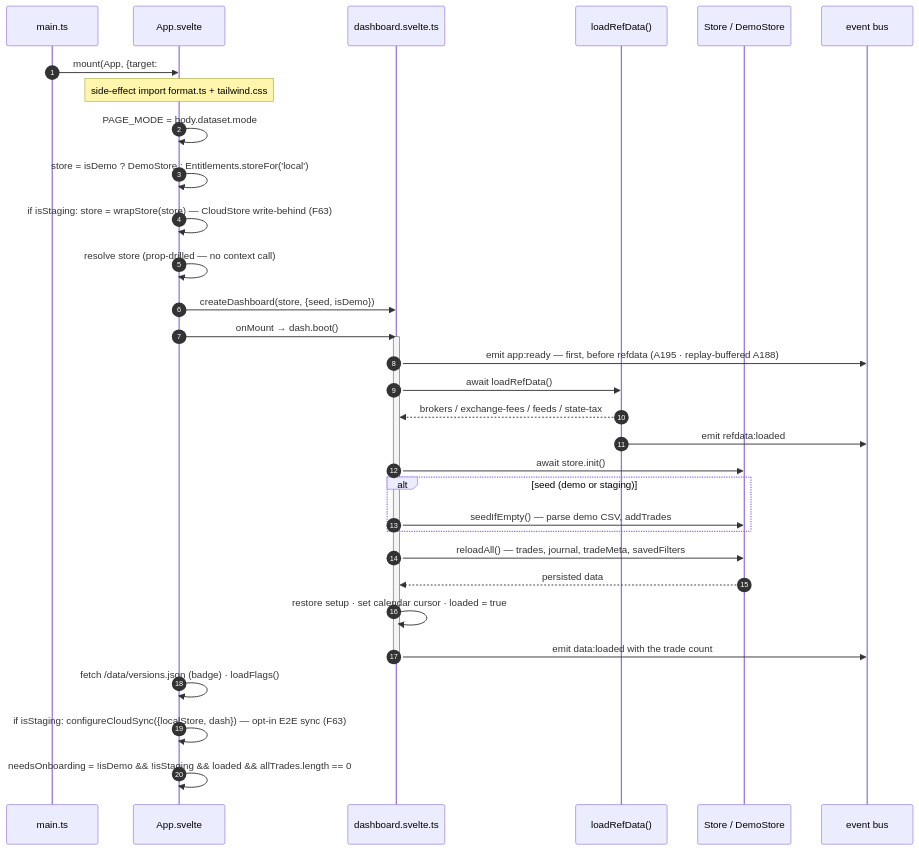
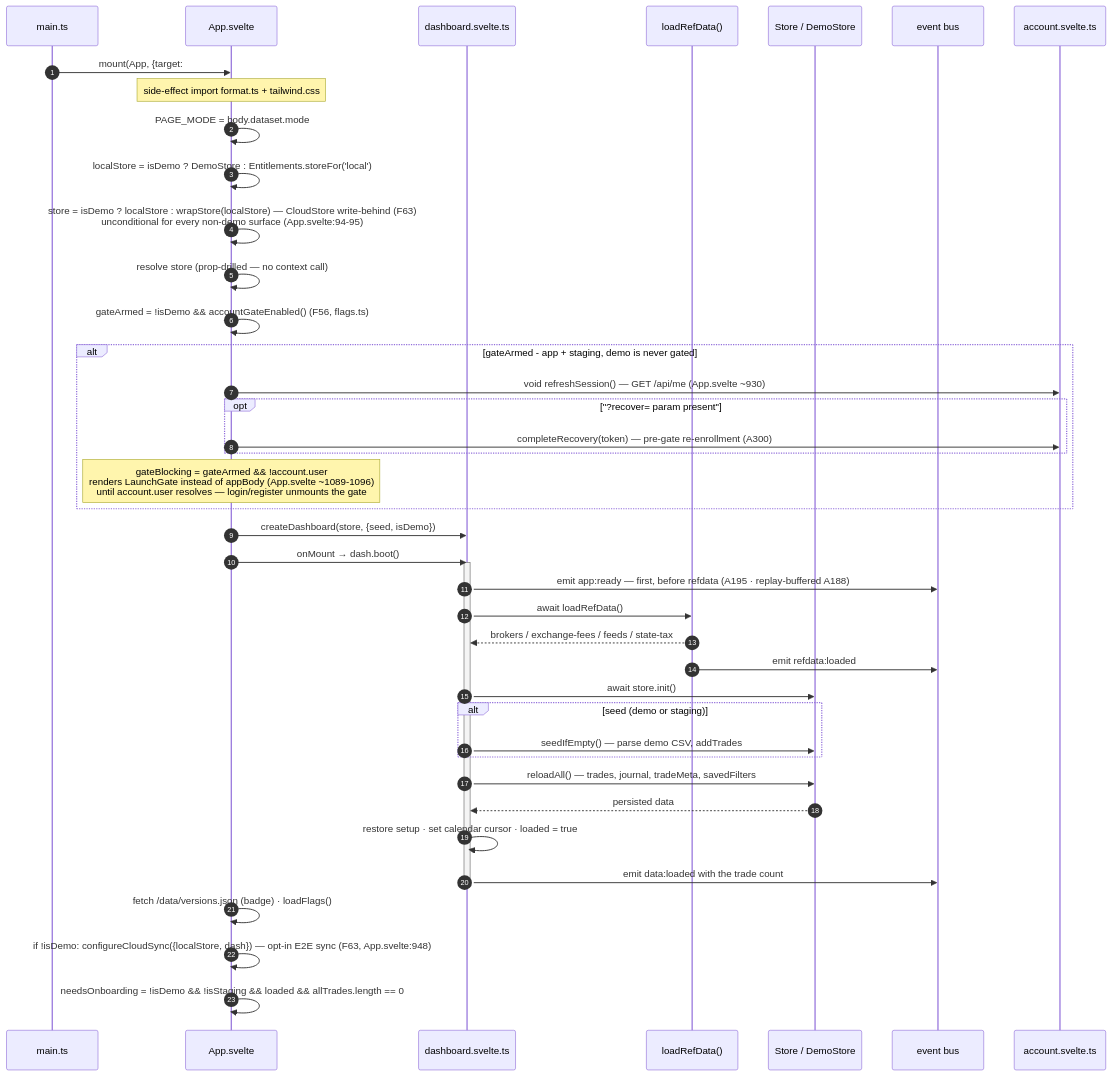
One commit to mitchGuthrieDev/blotterbook changed the diagram in docs/architecture-diagrams/boot-and-lifecycle.md. Above: the diagram before and after it, drawn with Mermaid. The commit also changed other lines of this file and 33 other files, not shown here.

First line of the commit message:
feat: backlog audit + docs sync, auth-flow diagram, Analytics/Calendar module sizing (A271/A272), changelog-email pages.dev fix (A315) (#129)

````diff
--- a/docs/architecture-diagrams/boot-and-lifecycle.md
+++ b/docs/architecture-diagrams/boot-and-lifecycle.md
@@ -11,36 +11,47 @@
 ```mermaid
 sequenceDiagram
     autonumber
     participant M as main.ts
     participant App as App.svelte
     participant Dash as dashboard.svelte.ts
     participant Ref as loadRefData()
     participant Store as Store / DemoStore
     participant Bus as event bus
+    participant Acct as account.svelte.ts
 
     M->>App: mount(App, {target: #app})
     Note over App: side-effect import format.ts + tailwind.css
     App->>App: PAGE_MODE = body.dataset.mode
-    App->>App: store = isDemo ? DemoStore : Entitlements.storeFor('local')
-    App->>App: if isStaging: store = wrapStore(store) — CloudStore write-behind (F63)
+    App->>App: localStore = isDemo ? DemoStore : Entitlements.storeFor('local')
+    App->>App: store = isDemo ? localStore : wrapStore(localStore) — CloudStore write-behind (F63)<br/>unconditional for every non-demo surface (App.svelte:94-95)
     App->>App: resolve store (prop-drilled — no context call)
+
+    App->>App: gateArmed = !isDemo && accountGateEnabled() (F56, flags.ts)
+    alt gateArmed - app + staging, demo is never gated
+        App->>Acct: void refreshSession() — GET /api/me (App.svelte ~930)
+        opt "?recover= param present"
+            App->>Acct: completeRecovery(token) — pre-gate re-enrollment (A300)
+        end
+        Note over App: gateBlocking = gateArmed && !account.user<br/>renders LaunchGate instead of appBody (App.svelte ~1089-1096)<br/>until account.user resolves — login/register unmounts the gate
+    end
+
     App->>Dash: createDashboard(store, {seed, isDemo})
     App->>Dash: onMount → dash.boot()
     activate Dash
     Dash->>Bus: emit app:ready — first, before refdata (A195 · replay-buffered A188)
     Dash->>Ref: await loadRefData()
     Ref-->>Dash: brokers / exchange-fees / feeds / state-tax
     Ref->>Bus: emit refdata:loaded
     Dash->>Store: await store.init()
     alt seed (demo or staging)
         Dash->>Store: seedIfEmpty() — parse demo CSV, addTrades
     end
     Dash->>Store: reloadAll() — trades, journal, tradeMeta, savedFilters
     Store-->>Dash: persisted data
     Dash->>Dash: restore setup · set calendar cursor · loaded = true
     Dash->>Bus: emit data:loaded with the trade count
     deactivate Dash
     App->>App: fetch /data/versions.json (badge) · loadFlags()
-    App->>App: if isStaging: configureCloudSync({localStore, dash}) — opt-in E2E sync (F63)
+    App->>App: if !isDemo: configureCloudSync({localStore, dash}) — opt-in E2E sync (F63, App.svelte:948)
     App->>App: needsOnboarding = !isDemo && !isStaging && loaded && allTrades.length == 0
 ```
````
